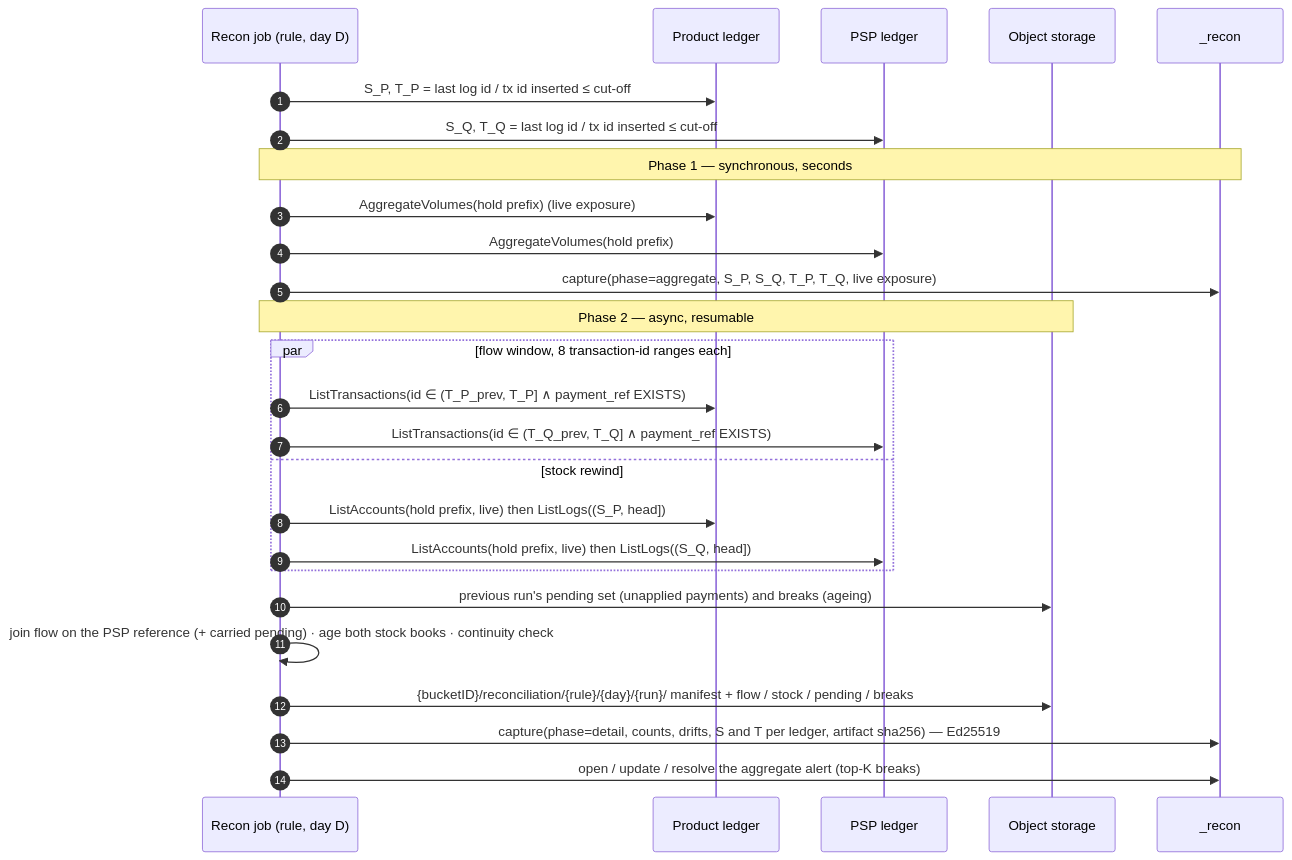
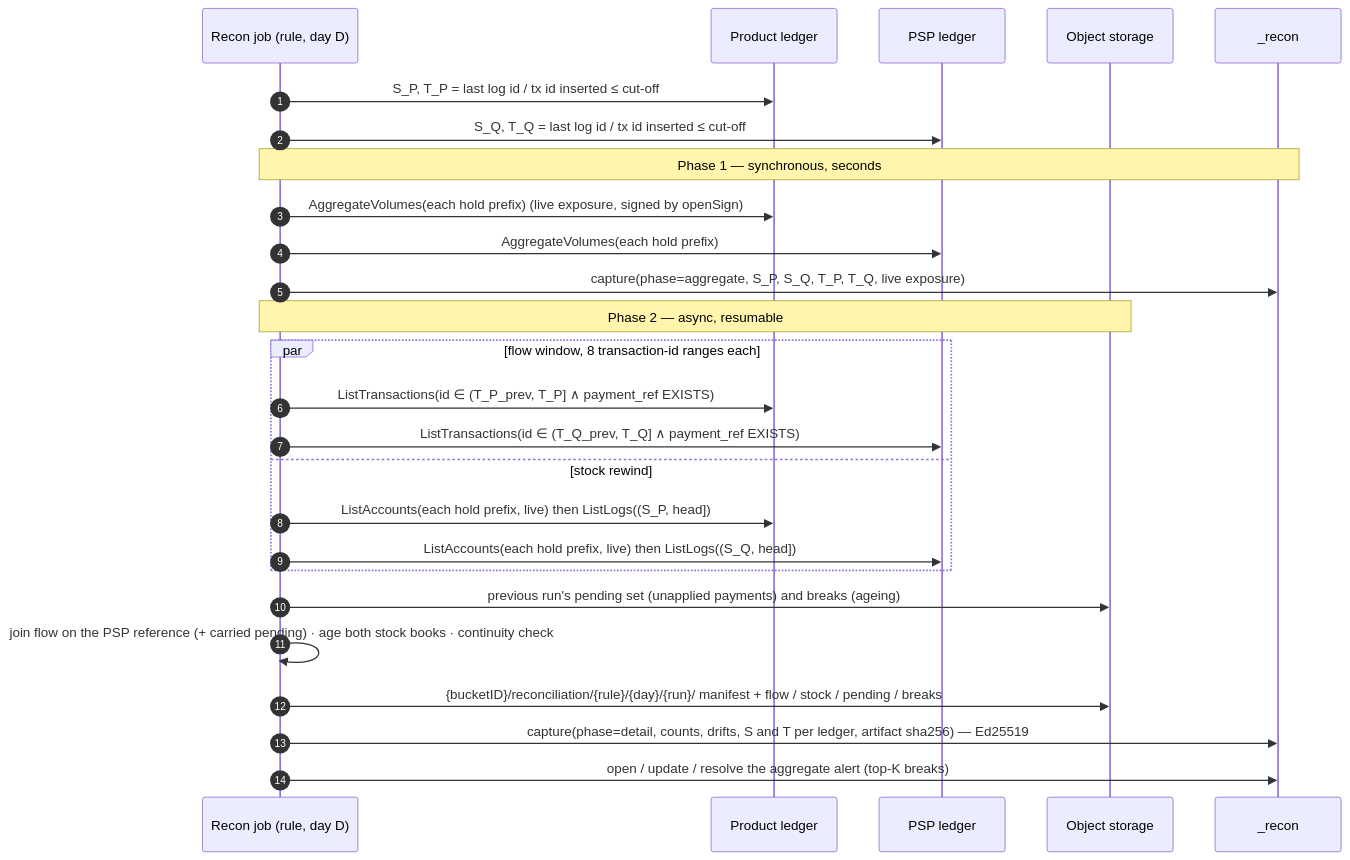
Before and after one commit to formancehq/reconciliation: the second of 2 diagrams in docs/technical/transaction-level-reconciliation.md, drawn with Mermaid. The commit also changed other lines of this file and 1 other file, not shown here.

First line of the commit message:
docs(recon): declare hold prefixes with their own opening sign

````diff
--- a/docs/technical/transaction-level-reconciliation.md
+++ b/docs/technical/transaction-level-reconciliation.md
@@ -173,29 +174,29 @@
 ```mermaid
 sequenceDiagram
     autonumber
     participant J as Recon job (rule, day D)
     participant P as Product ledger
     participant Q as PSP ledger
     participant O as Object storage
     participant C as _recon
 
     J->>P: S_P, T_P = last log id / tx id inserted ≤ cut-off
     J->>Q: S_Q, T_Q = last log id / tx id inserted ≤ cut-off
     Note over J,C: Phase 1 — synchronous, seconds
-    J->>P: AggregateVolumes(hold prefix)  (live exposure)
-    J->>Q: AggregateVolumes(hold prefix)
+    J->>P: AggregateVolumes(each hold prefix)  (live exposure, signed by openSign)
+    J->>Q: AggregateVolumes(each hold prefix)
     J->>C: capture(phase=aggregate, S_P, S_Q, T_P, T_Q, live exposure)
     Note over J,O: Phase 2 — async, resumable
     par flow window, 8 transaction-id ranges each
         J->>P: ListTransactions(id ∈ (T_P_prev, T_P] ∧ payment_ref EXISTS)
         J->>Q: ListTransactions(id ∈ (T_Q_prev, T_Q] ∧ payment_ref EXISTS)
     and stock rewind
-        J->>P: ListAccounts(hold prefix, live) then ListLogs((S_P, head])
-        J->>Q: ListAccounts(hold prefix, live) then ListLogs((S_Q, head])
+        J->>P: ListAccounts(each hold prefix, live) then ListLogs((S_P, head])
+        J->>Q: ListAccounts(each hold prefix, live) then ListLogs((S_Q, head])
     end
     J->>O: previous run's pending set (unapplied payments) and breaks (ageing)
     J->>J: join flow on the PSP reference (+ carried pending) · age both stock books · continuity check
     J->>O: {bucketID}/reconciliation/{rule}/{day}/{run}/ manifest + flow / stock / pending / breaks
     J->>C: capture(phase=detail, counts, drifts, S and T per ledger, artifact sha256) — Ed25519
     J->>C: open / update / resolve the aggregate alert (top-K breaks)
 ```
````
